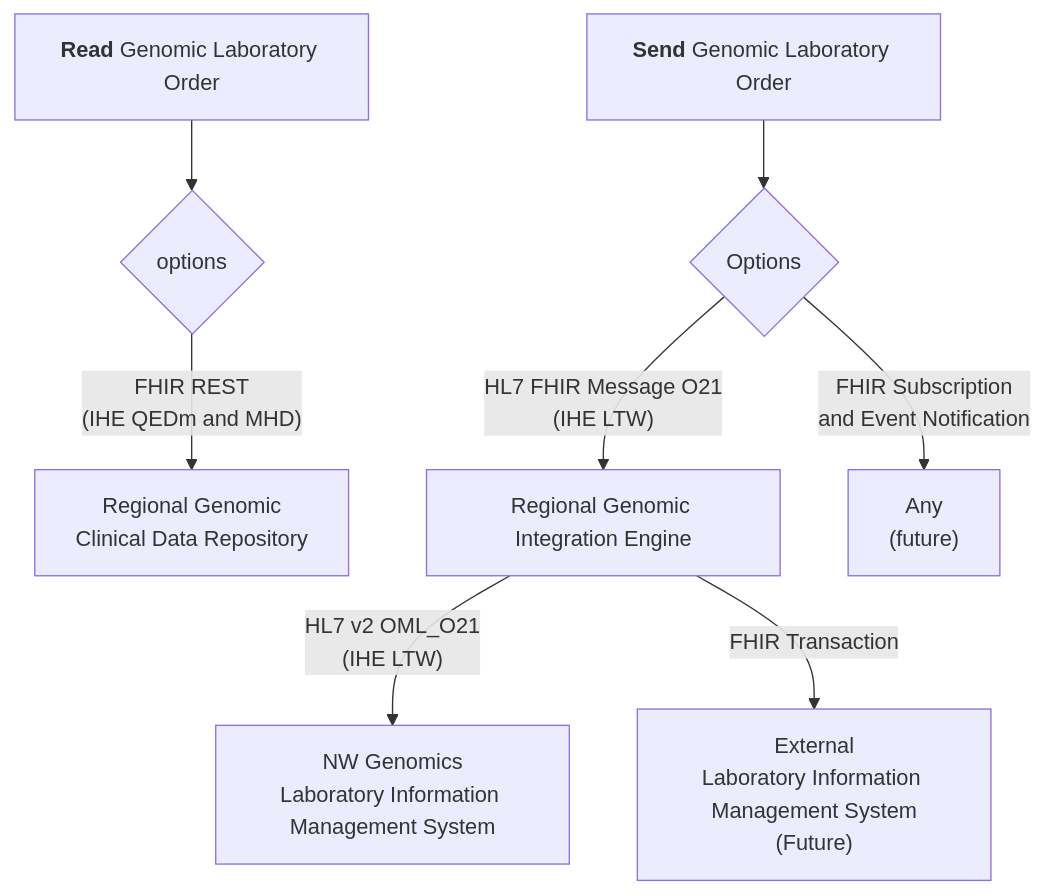
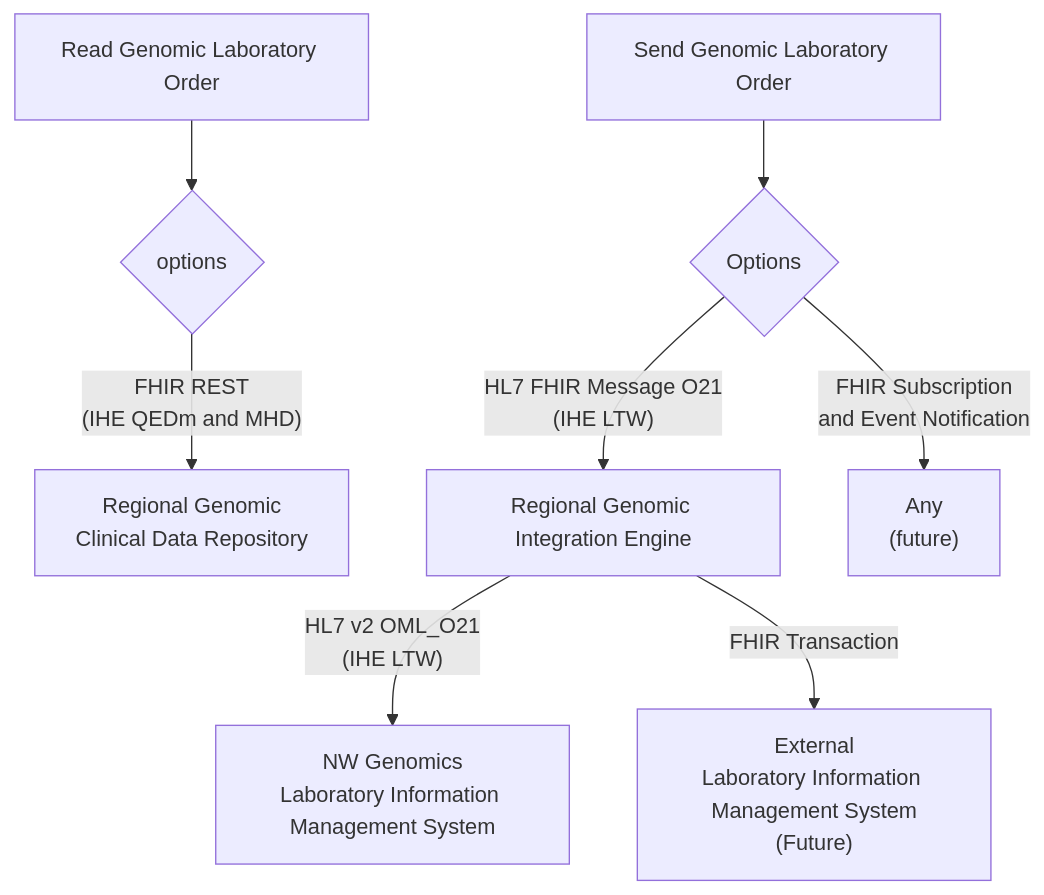
The third of 3 diagrams in input/pagecontent/index.md (uk-gov-mirror/nw-gmsa.nw-gmsa.github.com), drawn with Mermaid before and after one commit. The commit also changed other lines of this file, not shown here.

Commit message:
Genomic Test Order and Report Example Scenario

````diff
--- a/input/pagecontent/index.md
+++ b/input/pagecontent/index.md
@@ -92,12 +92,12 @@
 ```mermaid
 graph TD;
-    Read[<b>Read</b> Genomic Laboratory Order]-->O
+    Read[Read Genomic Laboratory Order]-->O
     O{options} --> |"FHIR REST<br/>(IHE QEDm and MHD)"| CDR[Regional Genomic<br/> Clinical Data Repository]
 
-    Receive[<b>Send</b> Genomic Laboratory Order] --> OR{Options}
+    Receive[Send Genomic Laboratory Order] --> OR{Options}
    
     OR --> |"HL7 FHIR Message O21<br/>(IHE LTW)"| RIE[Regional Genomic Integration Engine] 
     OR --> |FHIR Subscription <br/> and Event Notification| Any["Any <br/>(future)"]
     RIE --> |"HL7 v2 OML_O21<br/>(IHE LTW)"| EHRTIE[NW Genomics<br/>Laboratory Information Management System] 
     RIE --> |"FHIR Transaction"| GOMS["External<br/>Laboratory Information Management System<br/>(Future)"] 
 ```
````
